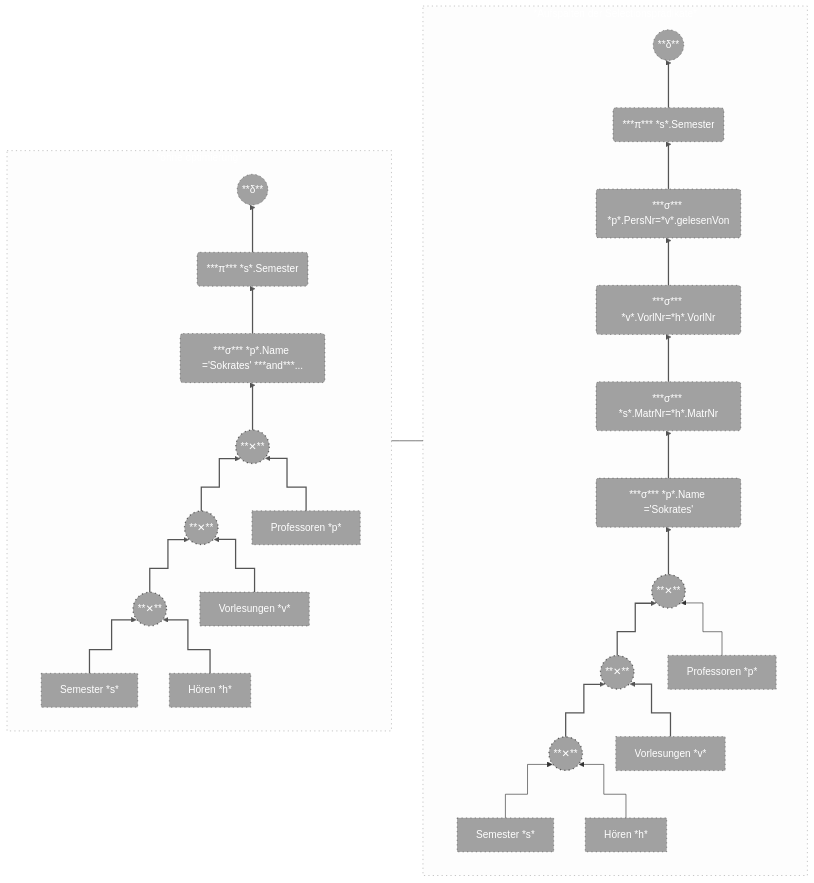
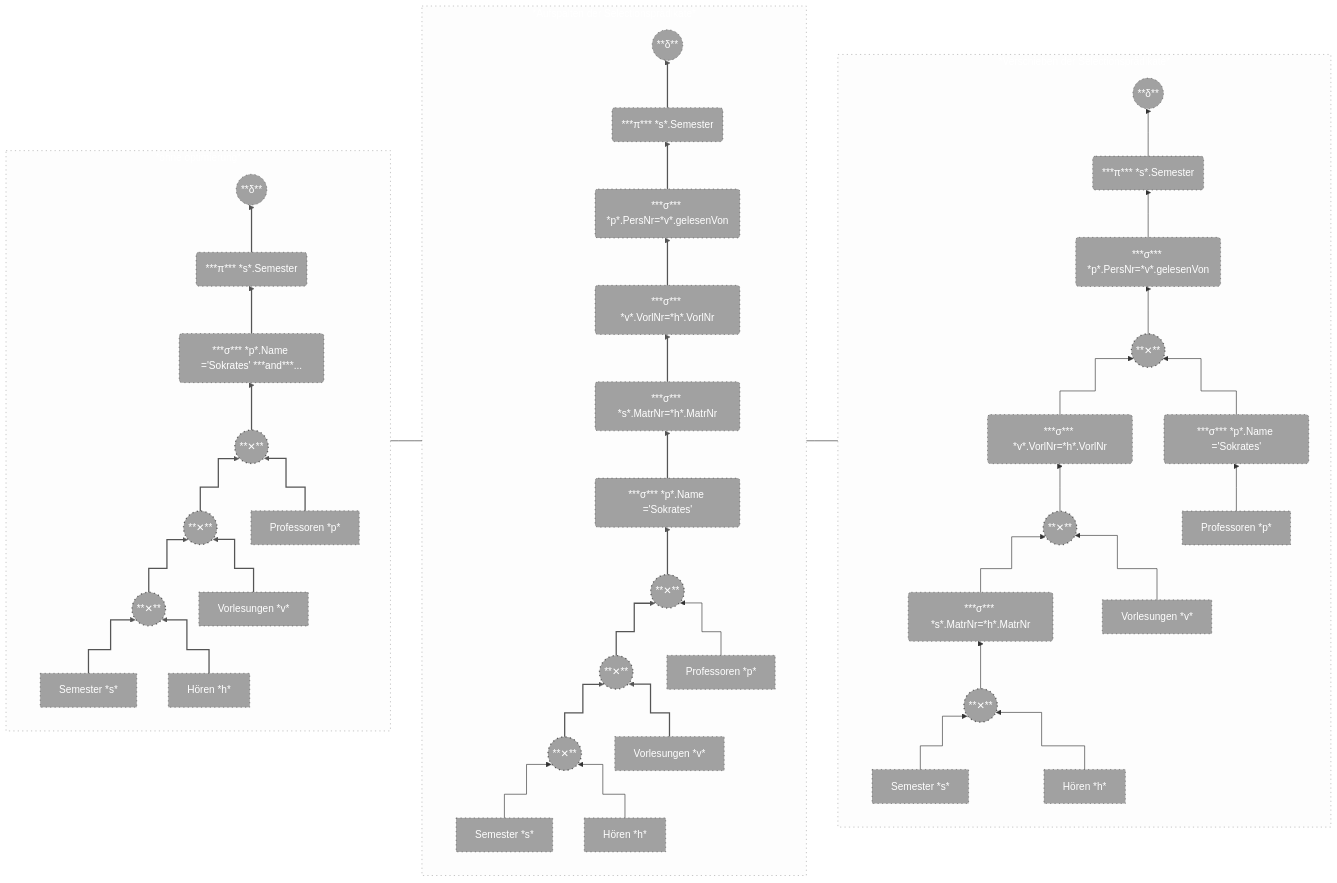
The first of 2 diagrams in diagrams/logische-optimierung.md (IxI-Enki/DbiTheorie-001), drawn with Mermaid before and after one commit. The commit also changed other lines of this file, not shown here.

````diff
--- a/diagrams/logische-optimierung.md
+++ b/diagrams/logische-optimierung.md
@@ -9,107 +9,166 @@
 %%{init: { "flowchart": { "curve": "step" } } }%%
 
 flowchart LR
+%% ____________________________________________________________________________
   classDef steps fill:#00000002, stroke:#0000005a, stroke-width:1px, color:#fff, stroke-dasharray: 2 5;
   classDef cross fill:#0000005d, stroke:#0000008a, stroke-width:2px, color:#fff, stroke-dasharray: 2 5;
   classDef node fill:#0000005d, stroke:#0000008a, stroke-width:1px, color:#fff, stroke-dasharray: 2 5;
   classDef sub fill:#0000000b, stroke:#ffffff0e, stroke-width:1px, color:#fff;
-  classDef note fill:#00000031, stroke:#0000005a, stroke-width:1px, color:#fff, stroke-dasharray: 2 5;
+%% classDef note fill:#00000031, stroke:#0000005a, stroke-width:1px, color:#fff, stroke-dasharray: 2 5;
 
   subgraph step0[ *ohne optimierung* ]
-  direction BT
-
-  0((**δ**))
-  1(***π*** *s*.Semester )
-  2(***σ*** *p*.Name ='Sokrates' ***and***... )
-  p[Professoren *p*]
-  s[Semester *s*]
-  h[Hören *h*]
-  v[Vorlesungen *v*]
-   x((**✕**))
-  x2((**✕**))
-  x3((**✕**))
-  
-  class x,x2,x3 cross;
-  class 0,1,2,p,v,s,h node;
-  %% 0  
-  1  --> 0        
-  %% 1      
-  2  --> 1        
-  %% 2      
-  x  --> 2        
-  %% 3      
-  x2 --> x        
-  %% 4      
-  x3 --> x2       
-  %% 5      
-  v  --> x2       
-  %% 6      
-  p  --> x        
-  %% 7      
-  s  --> x3       
-  %% 8      
-  h  --> x3       
-  linkStyle 0,1,2,3,4,5,6,7,8 fill:none, stroke:#555, stroke-width:2px, color:white;
-  %%  subgraph sub0 [" "]
-  %%    0
-  %%    note( Result )
-  %%  end
-  %%  subgraph sub1 [" "]
-  %%    1
-  %%    note1( Distinct )
-  %%  end
-  %%  subgraph sub2 [" "]
-  %%    2
-  %%    note2( Where-Clausle )
-  %%  end
-  %% 
-  %%  subgraph subX [" "]
-  %%    noteX( Cross-Joins )
-  %%    x  
-  %%    x2
-  %%    x3
-  %%  end
-  %%  class sub0,sub1,sub2,subP,subV,subS,subH,subX sub;
-  %%  class note,note1,note2,noteH,noteS,noteV,noteP,noteX note;
+  %% __________________________________
+    direction BT
+  %% -------------------
+    0((**δ**))
+    1(***π*** *s*.Semester )
+    2(***σ*** *p*.Name ='Sokrates' ***and***... )
+    p[Professoren *p*]
+    s[Semester *s*]
+    h[Hören *h*]
+    v[Vorlesungen *v*]
+     x((**✕**))
+    x2((**✕**))
+    x3((**✕**))
+    %% .........
+    class x,x2,x3 cross;
+    class 0,1,2,p,v,s,h node;
+  %% -------------------
+    %% 0
+    1  --> 0
+    %% 1
+    2  --> 1
+    %% 2
+    x  --> 2
+    %% 3
+    x2 --> x
+    %% 4
+    x3 --> x2
+    %% 5
+    v  --> x2
+    %% 6
+    p  --> x
+    %% 7
+    s  --> x3
+    %% 8
+    %% .........
+    h  --> x3
+    linkStyle 0,1,2,3,4,5,6,7,8 fill:none, stroke:#555, stroke-width:2px, color:white;
+  %% -------------------
+    %%  subgraph sub0 [" "]
+    %%    0
+    %%    note( Result )
+    %%  end
+    %%  subgraph sub1 [" "]
+    %%    1
+    %%    note1( Distinct )
+    %%  end
+    %%  subgraph sub2 [" "]
+    %%    2
+    %%    note2( Where-Clausle )
+    %%  end
+    %%  subgraph subX [" "]
+    %%    noteX( Cross-Joins )
+    %%    x
+    %%    x2
+    %%    x3
+    %%  end
+    %%  class sub0,sub1,sub2,subP,subV,subS,subH,subX sub;
+    %%  class note,note1,note2,noteH,noteS,noteV,noteP,noteX note;
+  %% -------------------
   end
 
-subgraph step1[ *Aufspalten der Selectionsprädikate* ]
-  direction BT
+  subgraph step1[ *Aufspalten der Selectionsprädikate* ]
+    direction BT
+  %% __________________________________
+    %% _21a -.-x 21a
+    %% _21a -.-x 21b
+    %% _21a -.-x 21c
+    %% _21a -.-x 21d
+    %% _21a(***σ*** *p*.PersNr=*v*.gelesenVon)
+  %% -------------------
+    01((**δ**))
+    11(***π*** *s*.Semester )
+    21a(***σ*** *p*.PersNr=*v*.gelesenVon)
+    21b(***σ*** *v*.VorlNr=*h*.VorlNr)
+    21c(***σ*** *s*.MatrNr=*h*.MatrNr)
+    21d(***σ*** *p*.Name ='Sokrates')
+    p1[Professoren *p*]
+    s1[Semester *s*]
+    h1[Hören *h*]
+    v1[Vorlesungen *v*]
+    x_((**✕**))
+    x2_((**✕**))
+    x3_((**✕**))
+    %% .........
+    class x_,x2_,x3_ cross;
+    class 01,11,21,p1,v1,s1,h1 node;
+  %% -------------------
+    11   --> 01
+    21a  --> 11
+    x_   --> 21d
+    21b  --> 21a
+    21c  --> 21b
+    21d  --> 21c
+    x2_  --> x_ 
+    x3_  --> x2_
+    v1   --> x2_
+    p1   --> x_ 
+    s1   --> x3_
+    h1   --> x3_
+    %% .........
+    linkStyle 9,10,11,12,13,14,15,16,17 fill:none, stroke:#555, stroke-width:2px, color:white;
+  %% -------------------
+  end
+  %% __________________________________
 
-  01((**δ**))
-  11(***π*** *s*.Semester )
-  21a(***σ*** *p*.PersNr=*v*.gelesenVon)
-  21b(***σ*** *v*.VorlNr=*h*.VorlNr)
-  21c(***σ*** *s*.MatrNr=*h*.MatrNr)
-  21d(***σ*** *p*.Name ='Sokrates')
-  p1[Professoren *p*]
-  s1[Semester *s*]
-  h1[Hören *h*]
-  v1[Vorlesungen *v*]
-  x_((**✕**))
-  x2_((**✕**))
-  x3_((**✕**))
-  class x_,x2_,x3_ cross;
-  class 01,11,21,p1,v1,s1,h1 node;
-  
-  11  --> 01        
-  21a  --> 11        
-  x_  --> 21d
-  21b --> 21a
-  21c --> 21b        
-  21d --> 21c
-  x2_ --> x_        
-  x3_ --> x2_       
-  v1  --> x2_       
-  p1  --> x_        
-  s1  --> x3_       
-  h1  --> x3_    
-  linkStyle 9,10,11,12,13,14,15,16,17 fill:none, stroke:#555, stroke-width:2px, color:white;
-
+subgraph step2[ *Verschieben der Selectionsprädikate* ]
+    direction BT
+  %% __________________________________
+    %% _21a -.-x 21a
+    %% _21a -.-x 21b
+    %% _21a -.-x 21c
+    %% _21a -.-x 21d
+    %% _21a(***σ*** *p*.PersNr=*v*.gelesenVon)
+  %% -------------------
+      02((**δ**))
+      12(***π*** *s*.Semester )
+      22a(***σ*** *p*.PersNr=*v*.gelesenVon)
+      22b(***σ*** *v*.VorlNr=*h*.VorlNr)
+      22c(***σ*** *s*.MatrNr=*h*.MatrNr)
+      22d(***σ*** *p*.Name ='Sokrates')
+      p2[Professoren *p*]
+      s2[Semester *s*]
+      h2[Hören *h*]
+      v2[Vorlesungen *v*]
+     x_2((**✕**))
+    x2_2((**✕**))
+    x3_2((**✕**))
+    %% .........
+    class x_2,x2_2,x3_2 cross;
+  %%  class 02,12,22,p2,v2,s2,h2 node;
+  %% -------------------
+      12  -->   02
+      22a -->   12
+     x_2  -->   22a
+      22b -->   x_2
+      22c -->   x2_2
+      22d -->   x_2
+    x2_2  -->  22b 
+    x3_2  --> 22c
+      v2  --> x2_2
+      p2  -->  22d 
+      s2  --> x3_2
+      h2  --> x3_2
+    %% .........
+    linkStyle 9,10,11,12,13,14,15,16,17 fill:none, stroke:#555, stroke-width:2px, color:white;
+  %% -------------------
   end
-
-step0 --- step1
+  %% __________________________________
 
   
-class step0,step1 steps;
+  %% .........
+  step0 --- step1
+  step1 --- step2
+  class step0,step1,step2 steps;
 ```
````
